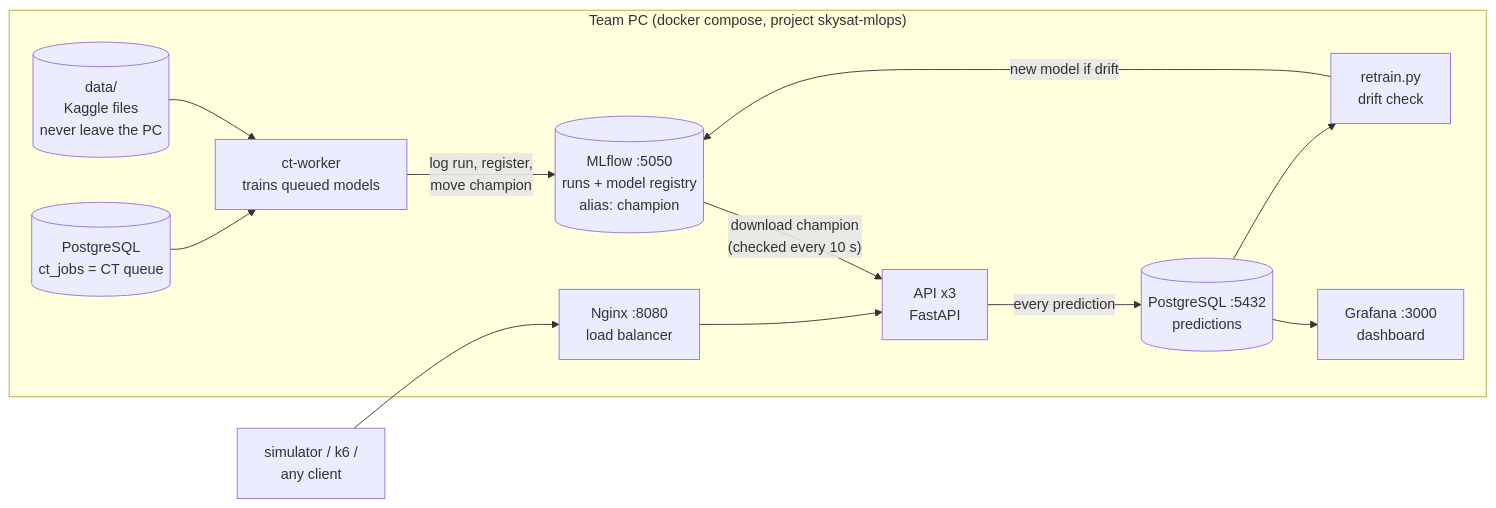
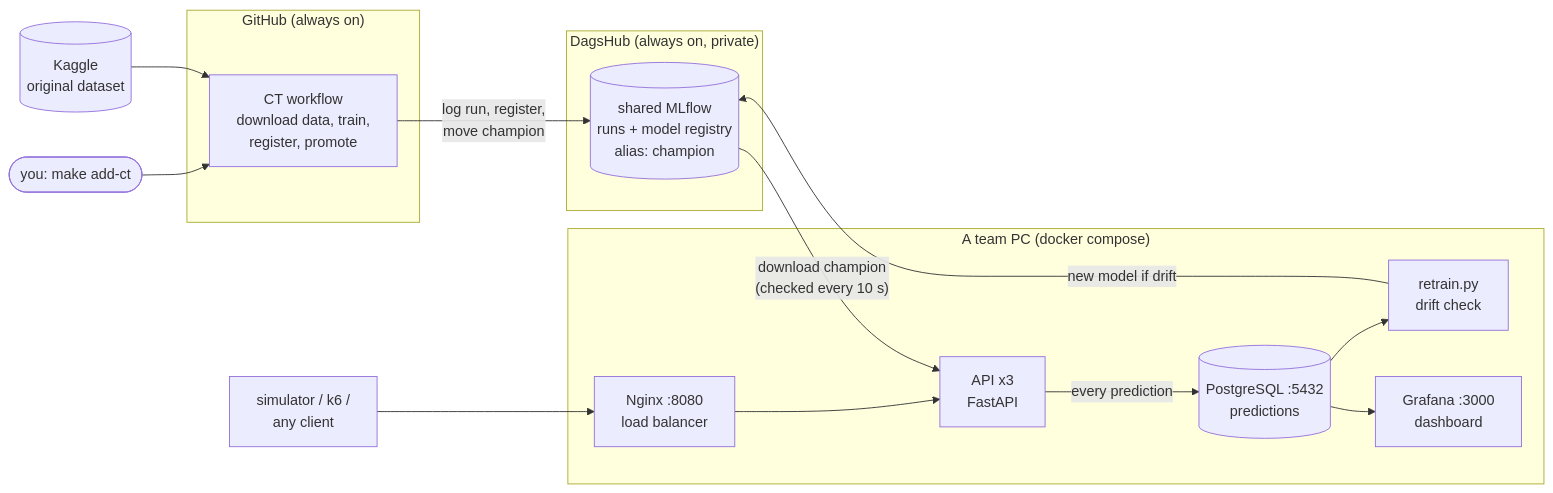
The first of 3 diagrams in docs/architecture.md (deensza/skysat-mlops), drawn with Mermaid before and after one commit. The commit also changed other lines of this file and 13 other files, not shown here.

Commit message:
Step 8: move continuous training to GitHub Actions with a shared DagsHub MLflow

````diff
--- a/docs/architecture.md
+++ b/docs/architecture.md
@@ -16,25 +16,29 @@
 ```mermaid
 flowchart LR
-    subgraph PC["Team PC (docker compose, project skysat-mlops)"]
-        data[("data/<br/>Kaggle files<br/>never leave the PC")]
-        queue[("PostgreSQL<br/>ct_jobs = CT queue")]
-        worker["ct-worker<br/>trains queued models"]
-        mlflow[("MLflow :5050<br/>runs + model registry<br/>alias: champion")]
+    subgraph GH["GitHub (always on)"]
+        ct["CT workflow<br/>download data, train,<br/>register, promote"]
+    end
+    subgraph DH["DagsHub (always on, private)"]
+        mlflow[("shared MLflow<br/>runs + model registry<br/>alias: champion")]
+    end
+    subgraph PC["A team PC (docker compose)"]
         api["API x3<br/>FastAPI"]
         nginx["Nginx :8080<br/>load balancer"]
         pg[("PostgreSQL :5432<br/>predictions")]
         grafana["Grafana :3000<br/>dashboard"]
         retrain["retrain.py<br/>drift check"]
     end
+    kaggle[("Kaggle<br/>original dataset")]
+    you(["you: make add-ct"])
     users["simulator / k6 /<br/>any client"]
 
-    data --> worker
-    queue --> worker
-    worker -- "log run, register,<br/>move champion" --> mlflow
+    you --> ct
+    kaggle --> ct
+    ct -- "log run, register,<br/>move champion" --> mlflow
     mlflow -- "download champion<br/>(checked every 10 s)" --> api
     users --> nginx --> api
     api -- "every prediction" --> pg
     pg --> grafana
     pg --> retrain
     retrain -- "new model if drift" --> mlflow
 ```
````
